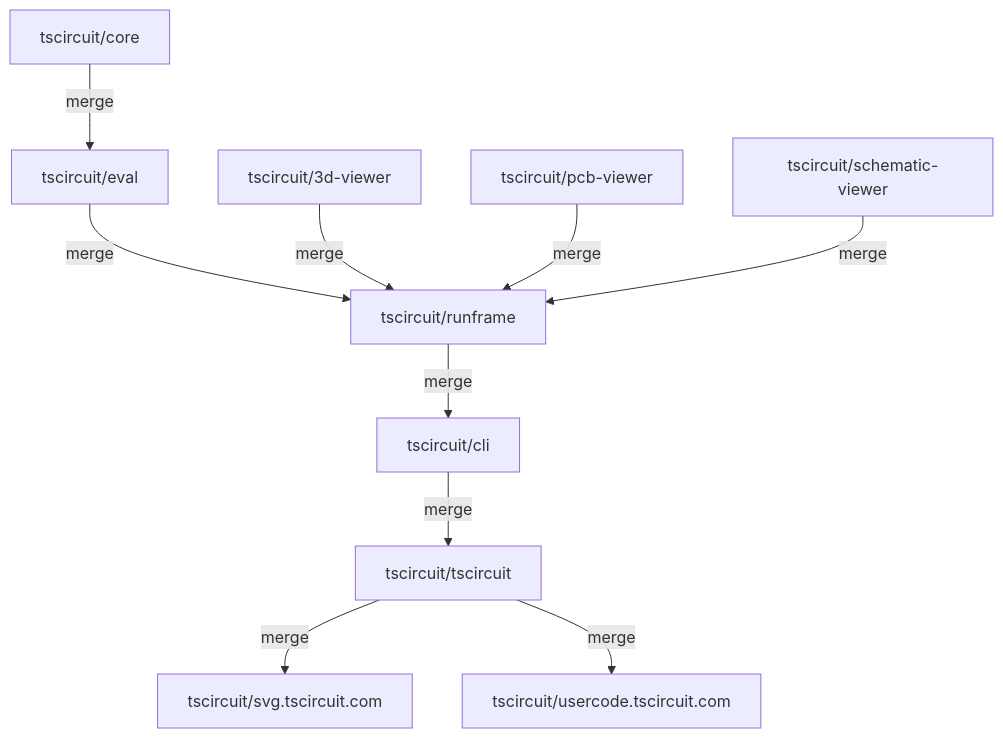
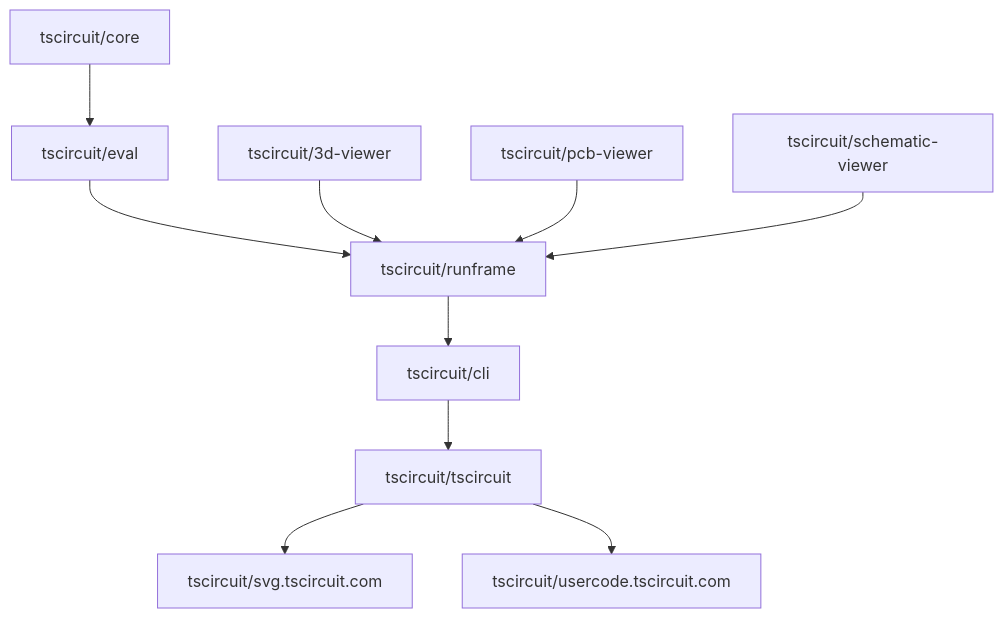
One commit to tscircuit/docs changed the diagram in docs/contributing/package-dependencies-and-auto-updates.mdx. Above: the diagram before and after it, drawn with Mermaid. The commit also changed other lines of this file, not shown here.

````diff
--- a/docs/contributing/package-dependencies-and-auto-updates.mdx
+++ b/docs/contributing/package-dependencies-and-auto-updates.mdx
@@ -14,28 +14,28 @@
 ```mermaid
 flowchart TD
 
     %% Core to Eval
-    core[tscircuit/core] -->|merge| eval[tscircuit/eval]
+    core[tscircuit/core] --> eval[tscircuit/eval]
 
     %% Eval to Runframe
-    eval -->|merge| runframe[tscircuit/runframe]
+    eval --> runframe[tscircuit/runframe]
 
     %% 3D Viewer to Runframe
-    viewer3d[tscircuit/3d-viewer] -->|merge| runframe
+    viewer3d[tscircuit/3d-viewer] --> runframe
 
     %% PCB Viewer to Runframe
-    pcbviewer[tscircuit/pcb-viewer] -->|merge| runframe
+    pcbviewer[tscircuit/pcb-viewer] --> runframe
 
     %% Schematic Viewer to Runframe
-    schemaviewer[tscircuit/schematic-viewer] -->|merge| runframe
+    schemaviewer[tscircuit/schematic-viewer] --> runframe
 
     %% Runframe to CLI
-    runframe -->|merge| cli[tscircuit/cli]
+    runframe --> cli[tscircuit/cli]
 
     %% CLI to Tscircuit
-    cli -->|merge| tscircuit[tscircuit/tscircuit]
+    cli --> tscircuit[tscircuit/tscircuit]
 
     %% Tscircuit to web services
-    tscircuit -->|merge| svg[tscircuit/svg.tscircuit.com]
-    tscircuit -->|merge| usercode[tscircuit/usercode.tscircuit.com]
+    tscircuit --> svg[tscircuit/svg.tscircuit.com]
+    tscircuit --> usercode[tscircuit/usercode.tscircuit.com]
 ```
````
